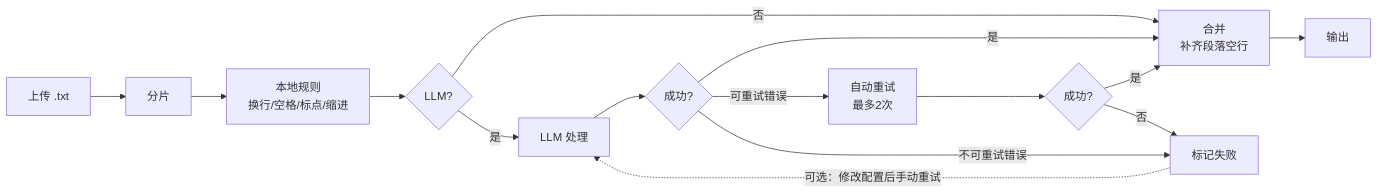
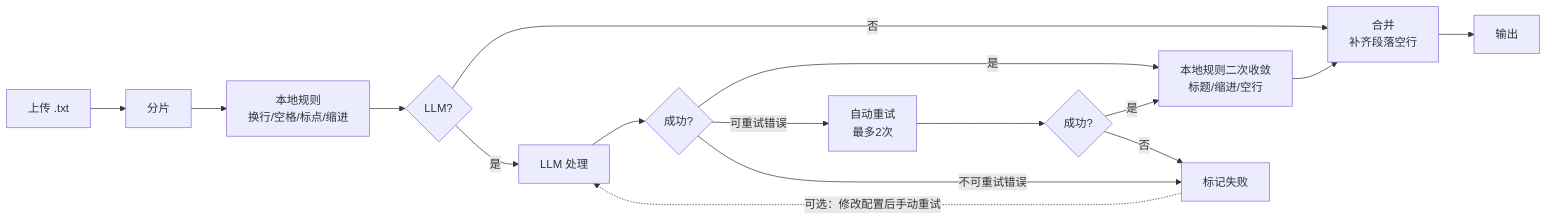
The diagram in README.md (makoMakoGo/novel-proofer), drawn with Mermaid before and after one commit. The commit also changed other lines of this file and 4 other files, not shown here.

````diff
--- a/README.md
+++ b/README.md
@@ -54,16 +54,17 @@
 ```mermaid
 flowchart LR
     A[上传 .txt] --> B[分片] --> C[本地规则<br/>换行/空格/标点/缩进]
     C --> D{LLM?}
     D -->|否| F[合并<br/>补齐段落空行]
     D -->|是| E[LLM 处理]
     E --> H{成功?}
-    H -->|是| F
+    H -->|是| P[本地规则二次收敛<br/>标题/缩进/空行]
+    P --> F
     H -->|可重试错误| R[自动重试<br/>最多2次]
     R --> H2{成功?}
-    H2 -->|是| F
+    H2 -->|是| P
     H2 -->|否| M[标记失败]
     H -->|不可重试错误| M
     M -.->|可选：修改配置后手动重试| E
     F --> G[输出]
 ```
````
